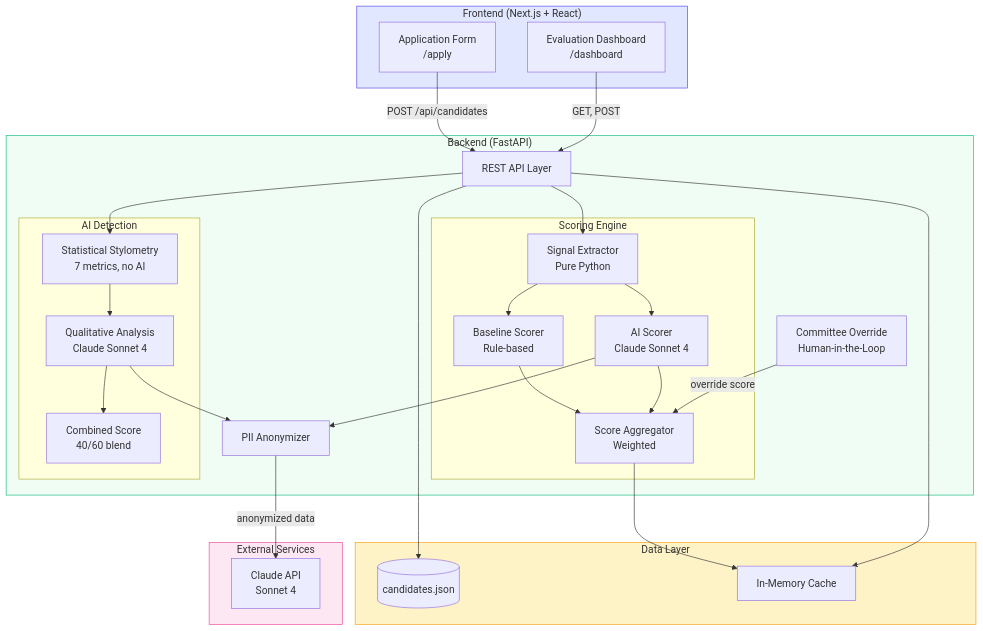
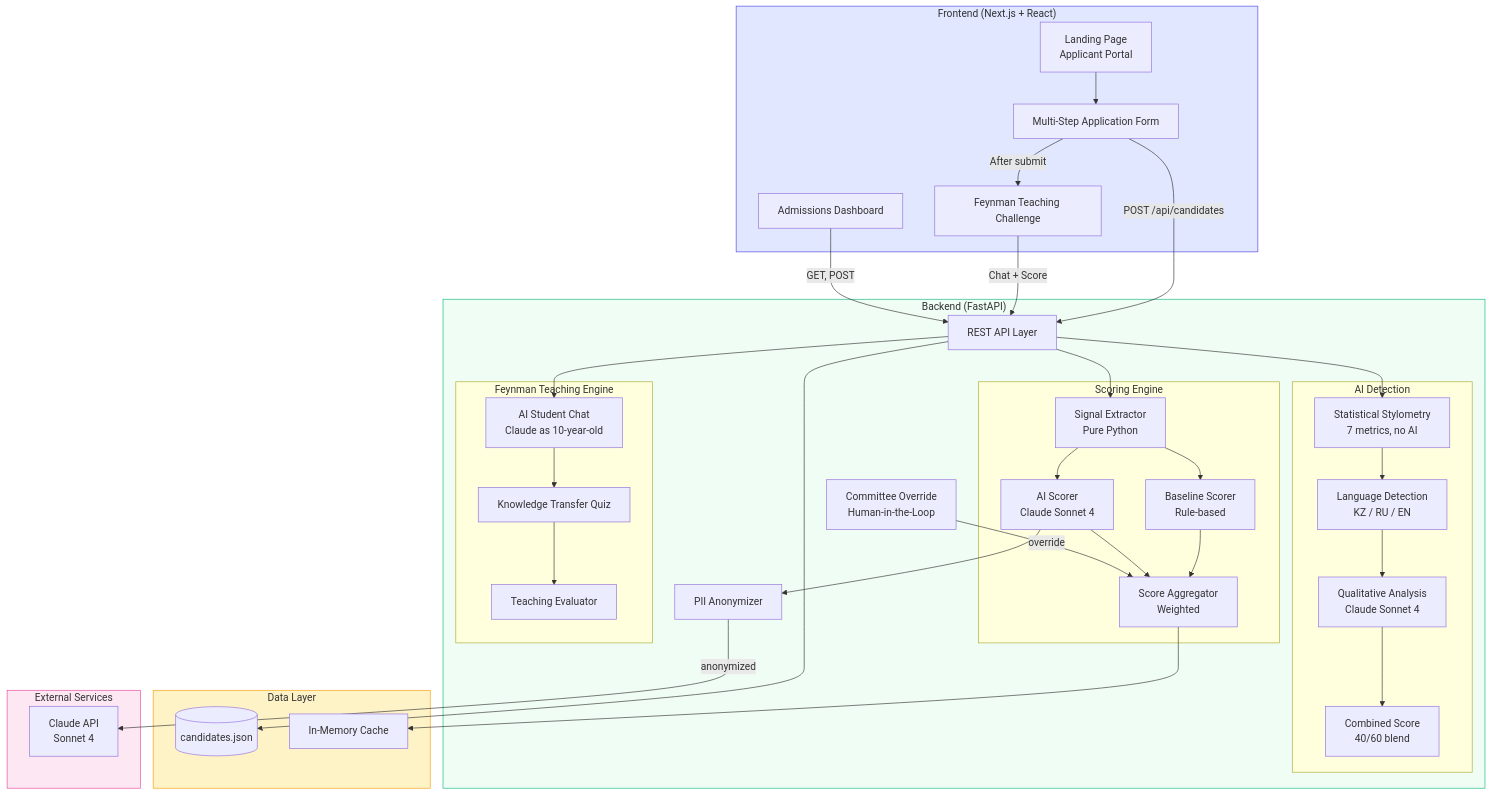
Before and after one commit to BAITC-Hacks/hack-22e92cd7-winchesters: the diagram in README.md, drawn with Mermaid. The commit also changed other lines of this file and 19 other files, not shown here.

Commit message:
Add Feynman Challenge, redesign UI, multi-step form, Hidden Gem filter

````diff
--- a/README.md
+++ b/README.md
@@ -9,56 +11,69 @@
 ```mermaid
 graph TB
     subgraph Frontend["Frontend (Next.js + React)"]
-        APP[Application Form<br/>/apply]
-        DASH[Evaluation Dashboard<br/>/dashboard]
+        LP[Landing Page<br/>Applicant Portal]
+        APP[Multi-Step Application Form]
+        TEACH[Feynman Teaching Challenge]
+        DASH[Admissions Dashboard]
     end
 
     subgraph Backend["Backend (FastAPI)"]
         API[REST API Layer]
         subgraph Scoring["Scoring Engine"]
             SE[Signal Extractor<br/>Pure Python]
             BL[Baseline Scorer<br/>Rule-based]
             AI[AI Scorer<br/>Claude Sonnet 4]
             AGG[Score Aggregator<br/>Weighted]
         end
         subgraph Detection["AI Detection"]
             STYL[Statistical Stylometry<br/>7 metrics, no AI]
+            LANG[Language Detection<br/>KZ / RU / EN]
             QUAL[Qualitative Analysis<br/>Claude Sonnet 4]
             COMB[Combined Score<br/>40/60 blend]
+        end
+        subgraph Feynman["Feynman Teaching Engine"]
+            CHAT[AI Student Chat<br/>Claude as 10-year-old]
+            QUIZ[Knowledge Transfer Quiz]
+            EVAL[Teaching Evaluator]
         end
         PII[PII Anonymizer]
         OVR[Committee Override<br/>Human-in-the-Loop]
     end
 
     subgraph Storage["Data Layer"]
         DB[(candidates.json)]
         CACHE[In-Memory Cache]
     end
 
     subgraph External["External Services"]
         CLAUDE[Claude API<br/>Sonnet 4]
     end
 
+    LP --> APP
     APP -->|POST /api/candidates| API
+    APP -->|After submit| TEACH
+    TEACH -->|Chat + Score| API
     DASH -->|GET, POST| API
     API --> SE
     SE --> BL
     SE --> AI
     AI --> PII
-    PII -->|anonymized data| CLAUDE
+    PII -->|anonymized| CLAUDE
     BL --> AGG
     AI --> AGG
     AGG --> CACHE
     API --> STYL
-    STYL --> QUAL
-    QUAL --> PII
+    STYL --> LANG
+    LANG --> QUAL
     QUAL --> COMB
-    OVR -->|override score| AGG
+    API --> CHAT
+    CHAT --> QUIZ
+    QUIZ --> EVAL
+    OVR -->|override| AGG
     API --> DB
-    API --> CACHE
 
     style Frontend fill:#e0e7ff,stroke:#4f46e5
     style Backend fill:#f0fdf4,stroke:#10b981
     style Storage fill:#fef3c7,stroke:#f59e0b
     style External fill:#fce7f3,stroke:#ec4899
 ```
````
